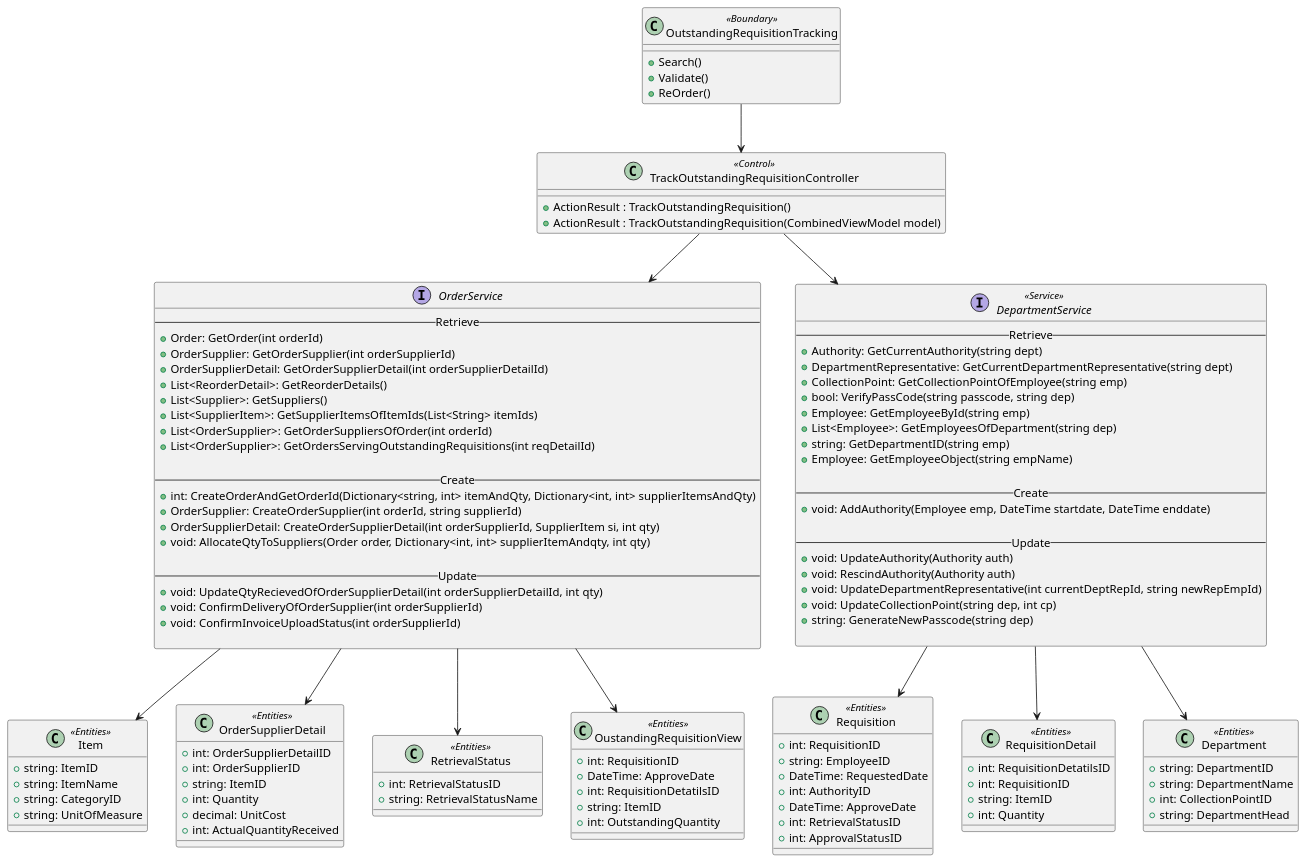
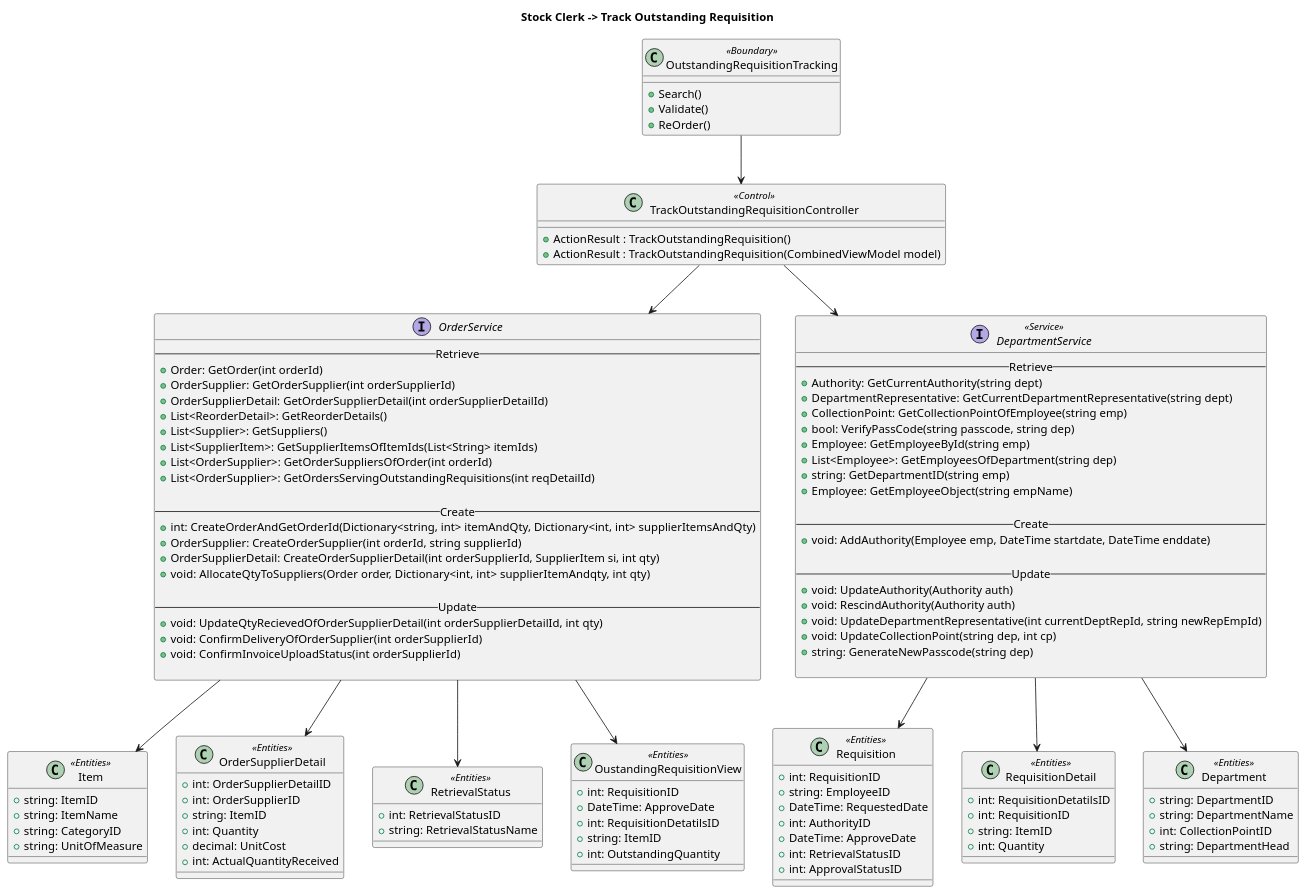
Before and after one commit to SA46Team5a/AD---ClassAndSequenceDiagram: the diagram in TrackOutstandingRequisition_UseCase.wsd, drawn with PlantUML. The commit also changed 33 other files, not shown here.

Commit message:
added titles, requisitionPackage sequence diagram

```diff
--- a/TrackOutstandingRequisition_UseCase.wsd
+++ b/TrackOutstandingRequisition_UseCase.wsd
@@ -1,129 +1,131 @@
 @startuml
+title "Stock Clerk -> Track Outstanding Requisition"
+
 Class OutstandingRequisitionTracking <<Boundary>>{
 
     +Search()
     +Validate()
     +ReOrder()
 }
 
 Class TrackOutstandingRequisitionController <<Control>> {
     
     +ActionResult : TrackOutstandingRequisition()
     +ActionResult : TrackOutstandingRequisition(CombinedViewModel model)    
  
 }
 
 Interface OrderService {
     --Retrieve--
     ' Loops through and calls the second method
     +Order: GetOrder(int orderId)
     +OrderSupplier: GetOrderSupplier(int orderSupplierId)
     +OrderSupplierDetail: GetOrderSupplierDetail(int orderSupplierDetailId)
     +List<ReorderDetail>: GetReorderDetails()
     +List<Supplier>: GetSuppliers()
     +List<SupplierItem>: GetSupplierItemsOfItemIds(List<String> itemIds)
     +List<OrderSupplier>: GetOrderSuppliersOfOrder(int orderId)
     +List<OrderSupplier>: GetOrdersServingOutstandingRequisitions(int reqDetailId)
 
     --Create--
     ' createNewOrder will call addOrder, addOrderSupplier and addOrderSupplierDetails
     +int: CreateOrderAndGetOrderId(Dictionary<string, int> itemAndQty, Dictionary<int, int> supplierItemsAndQty)
     +OrderSupplier: CreateOrderSupplier(int orderId, string supplierId)
     +OrderSupplierDetail: CreateOrderSupplierDetail(int orderSupplierId, SupplierItem si, int qty)
     +void: AllocateQtyToSuppliers(Order order, Dictionary<int, int> supplierItemAndqty, int qty)
 
     --Update--
     +void: UpdateQtyRecievedOfOrderSupplierDetail(int orderSupplierDetailId, int qty)
     +void: ConfirmDeliveryOfOrderSupplier(int orderSupplierId)
     +void: ConfirmInvoiceUploadStatus(int orderSupplierId)
 
    }
 Interface DepartmentService <<Service>> {
     --Retrieve--
     ' Get authorised person based on current date
     +Authority: GetCurrentAuthority(string dept)
     +DepartmentRepresentative: GetCurrentDepartmentRepresentative(string dept)
     +CollectionPoint: GetCollectionPointOfEmployee(string emp)
     +bool: VerifyPassCode(string passcode, string dep)
     +Employee: GetEmployeeById(string emp)
     +List<Employee>: GetEmployeesOfDepartment(string dep)
     +string: GetDepartmentID(string emp)
     +Employee: GetEmployeeObject(string empName)
 
     --Create--
     ' Add emp as Authority with start and end date, and add Dep Head with start date = emp end date + 1
     +void: AddAuthority(Employee emp, DateTime startdate, DateTime enddate)
 
     --Update--
     +void: UpdateAuthority(Authority auth)
     +void: RescindAuthority(Authority auth)
     +void: UpdateDepartmentRepresentative(int currentDeptRepId, string newRepEmpId)
     +void: UpdateCollectionPoint(string dep, int cp)
     +string: GenerateNewPasscode(string dep)
 
 }
 
 Class Requisition <<Entities>> {
 +int: RequisitionID
 +string: EmployeeID
 +DateTime: RequestedDate
 +int: AuthorityID
 +DateTime: ApproveDate
 +int: RetrievalStatusID
 +int: ApprovalStatusID
 }
 
 Class RequisitionDetail <<Entities>> {
 +int: RequisitionDetatilsID
 +int: RequisitionID
 +string: ItemID
 +int: Quantity
 }
 Class Item <<Entities>> {
 +string: ItemID
 +string: ItemName
 +string: CategoryID
 +string: UnitOfMeasure
 }
 
 Class Department <<Entities>> {
 +string: DepartmentID
 +string: DepartmentName
 +int: CollectionPointID
 +string: DepartmentHead
 }
 
 Class OrderSupplierDetail <<Entities>> {
 +int: OrderSupplierDetailID
 +int: OrderSupplierID
 +string: ItemID
 +int: Quantity
 +decimal: UnitCost
 +int: ActualQuantityReceived
 }
 
 Class RetrievalStatus <<Entities>> {
 +int: RetrievalStatusID
 +string: RetrievalStatusName
 }
 Class OustandingRequisitionView <<Entities>> {
 +int: RequisitionID
 +DateTime: ApproveDate
 +int: RequisitionDetatilsID
 +string: ItemID
 +int: OutstandingQuantity
 }
 
 
 OutstandingRequisitionTracking --> TrackOutstandingRequisitionController
 TrackOutstandingRequisitionController --> OrderService
 TrackOutstandingRequisitionController --> DepartmentService
 DepartmentService --> Department
 DepartmentService --> Requisition
 DepartmentService --> RequisitionDetail
 OrderService -->Item
 OrderService --> OrderSupplierDetail
 OrderService --> RetrievalStatus
 OrderService --> OustandingRequisitionView
 
 @enduml
```
